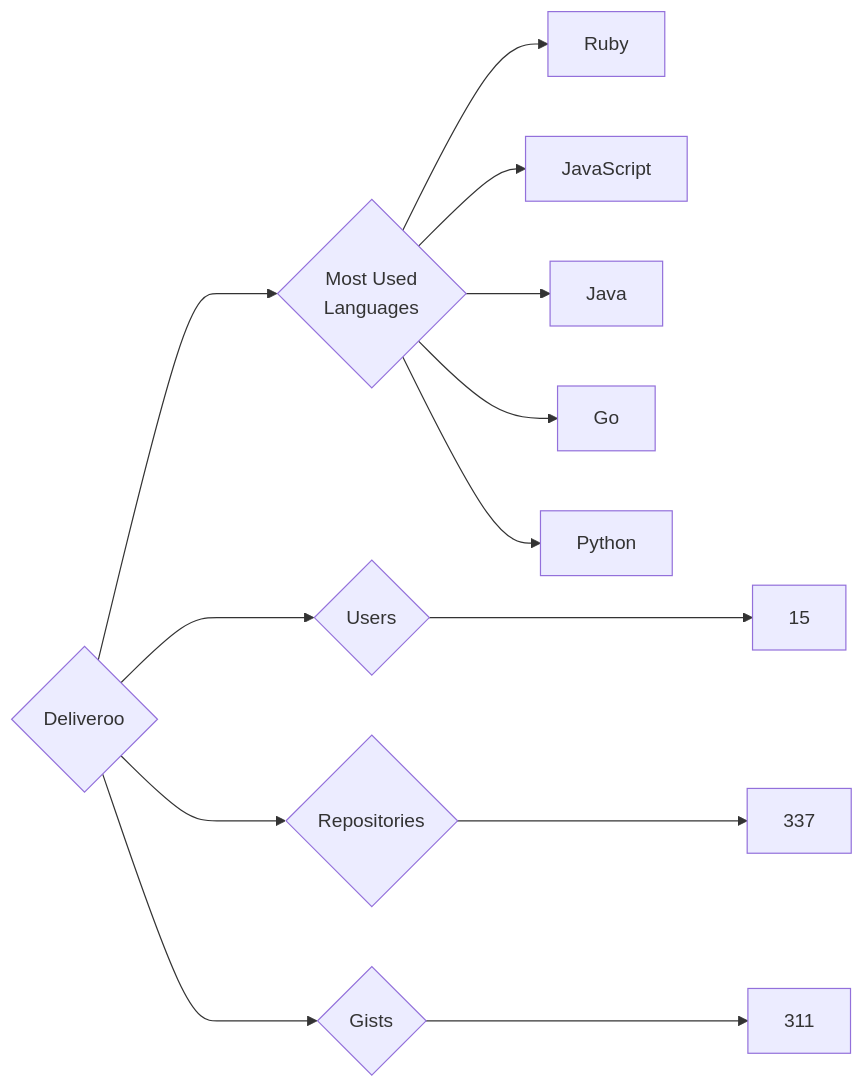
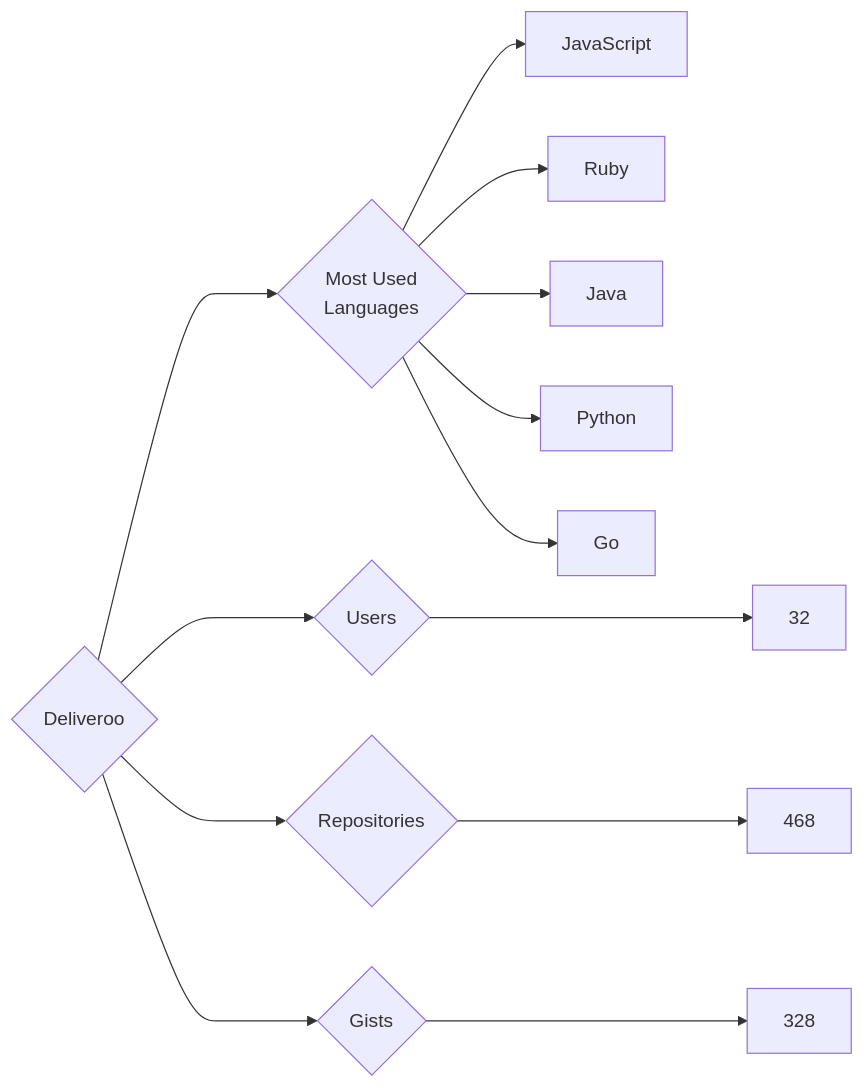
Before and after one commit to trickest/insiders: the diagram in targets/Deliveroo/README.md, drawn with Mermaid. The commit also changed 629 other files, not shown here.

````diff
--- a/targets/Deliveroo/README.md
+++ b/targets/Deliveroo/README.md
@@ -3,13 +3,13 @@
 ```mermaid
 graph LR
 COMPANY_NAME{Deliveroo}
-COMPANY_NAME ---> U{Users} ---> UN[15]
-COMPANY_NAME ---> R{Repositories} ---> RN[337]
-COMPANY_NAME ---> G{Gists} ---> GN[311]
+COMPANY_NAME ---> U{Users} ---> UN[32]
+COMPANY_NAME ---> R{Repositories} ---> RN[468]
+COMPANY_NAME ---> G{Gists} ---> GN[328]
 COMPANY_NAME ---> ML{Most Used<br>Languages}
+ML --> JavaScript[JavaScript]
 ML --> Ruby[Ruby]
-ML --> JavaScript[JavaScript]
 ML --> Java[Java]
+ML --> Python[Python]
 ML --> Go[Go]
-ML --> Python[Python]
 ```
````
